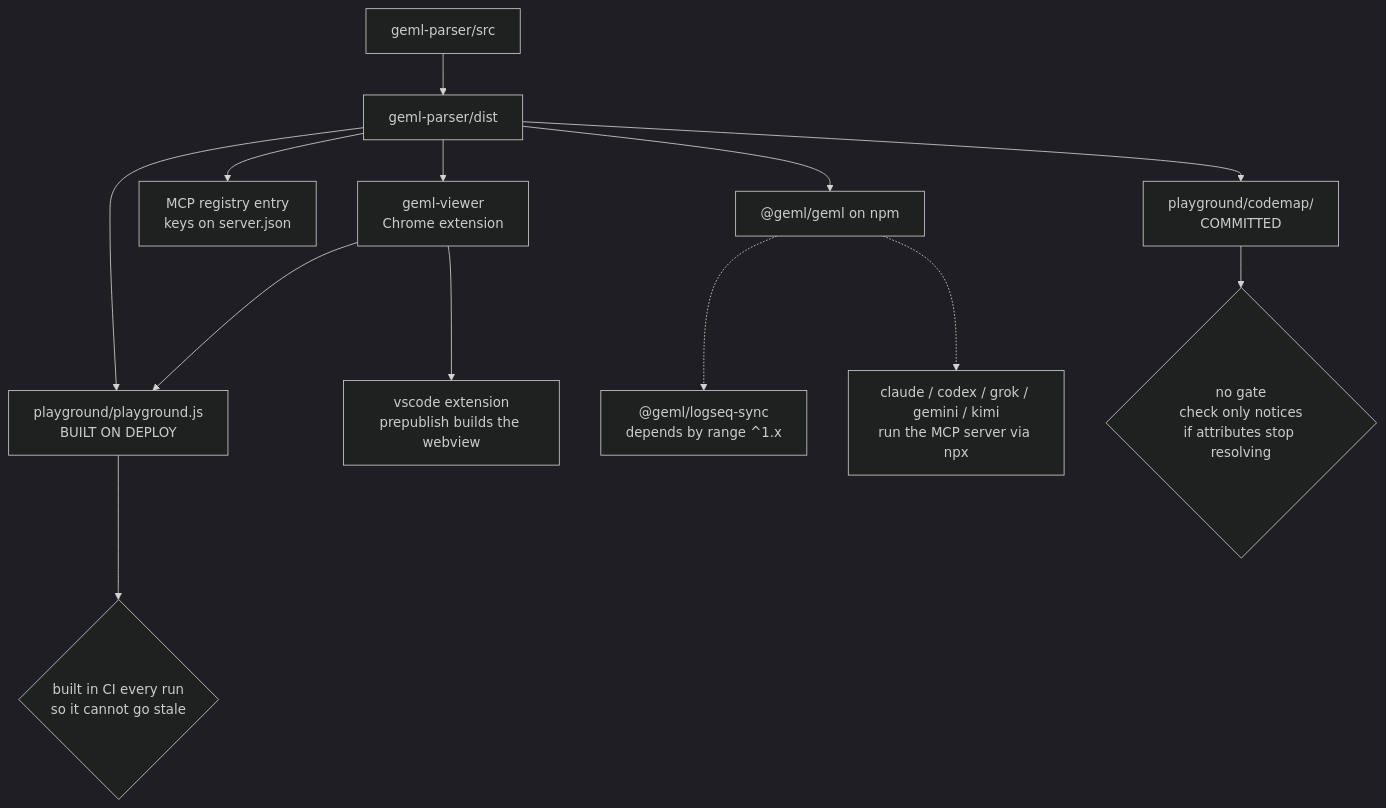
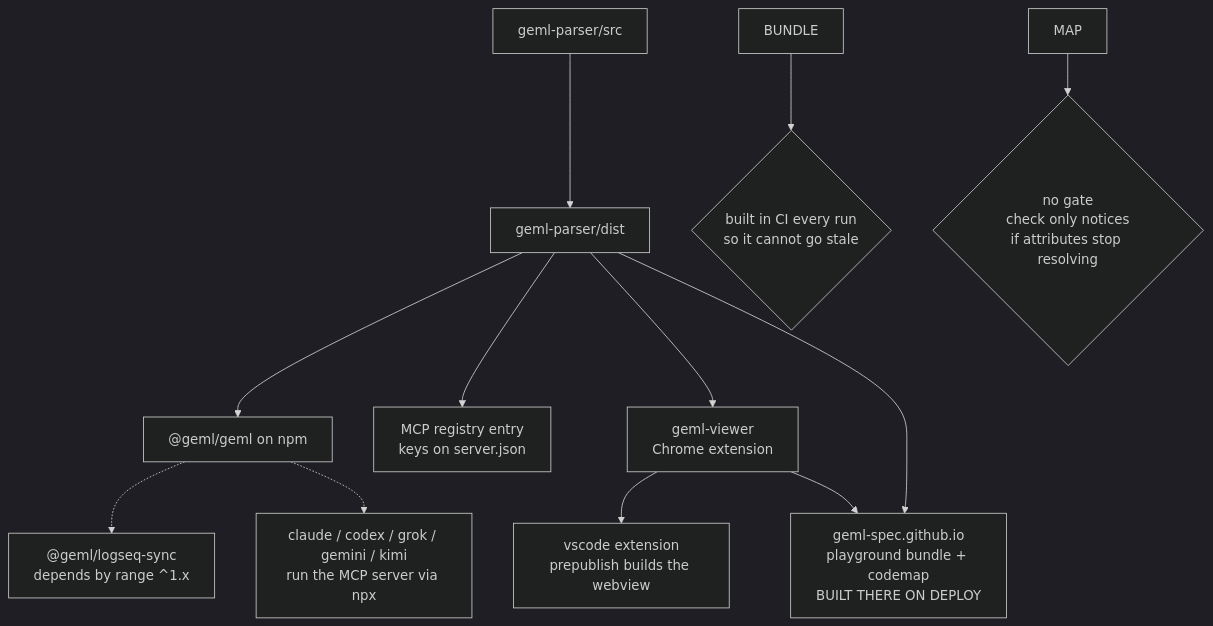
Before and after one commit to geml-spec/geml: the diagram in docs/PUBLISHING.md, drawn with Mermaid (dark theme). The commit also changed other lines of this file and 22 other files, not shown here.

First line of the commit message:
The website, playground and demos move to geml-spec.github.io; this repository redirects

````diff
--- a/docs/PUBLISHING.md
+++ b/docs/PUBLISHING.md
@@ -24,18 +24,17 @@
 ```mermaid
 flowchart TD
   SRC["geml-parser/src"] --> DIST["geml-parser/dist"]
 
   DIST --> NPM["@geml/geml on npm"]
   DIST --> MCP["MCP registry entry<br/>keys on server.json"]
   DIST --> VIEWER["geml-viewer<br/>Chrome extension"]
-  DIST --> BUNDLE["playground/playground.js<br/>BUILT ON DEPLOY"]
-  DIST --> MAP["playground/codemap/<br/>COMMITTED"]
+  DIST --> SITE["geml-spec.github.io<br/>playground bundle + codemap<br/>BUILT THERE ON DEPLOY"]
   VIEWER --> VSCODE["vscode extension<br/>prepublish builds the webview"]
-  VIEWER --> BUNDLE
+  VIEWER --> SITE
 
   NPM -.-> LOGSEQ["@geml/logseq-sync<br/>depends by range ^1.x"]
   NPM -.-> PLUGINS["claude / codex / grok / gemini / kimi<br/>run the MCP server via npx"]
 
   BUNDLE --> G1{"built in CI every run<br/>so it cannot go stale"}
   MAP --> G2{"no gate<br/>check only notices<br/>if attributes stop resolving"}
 ```
````
